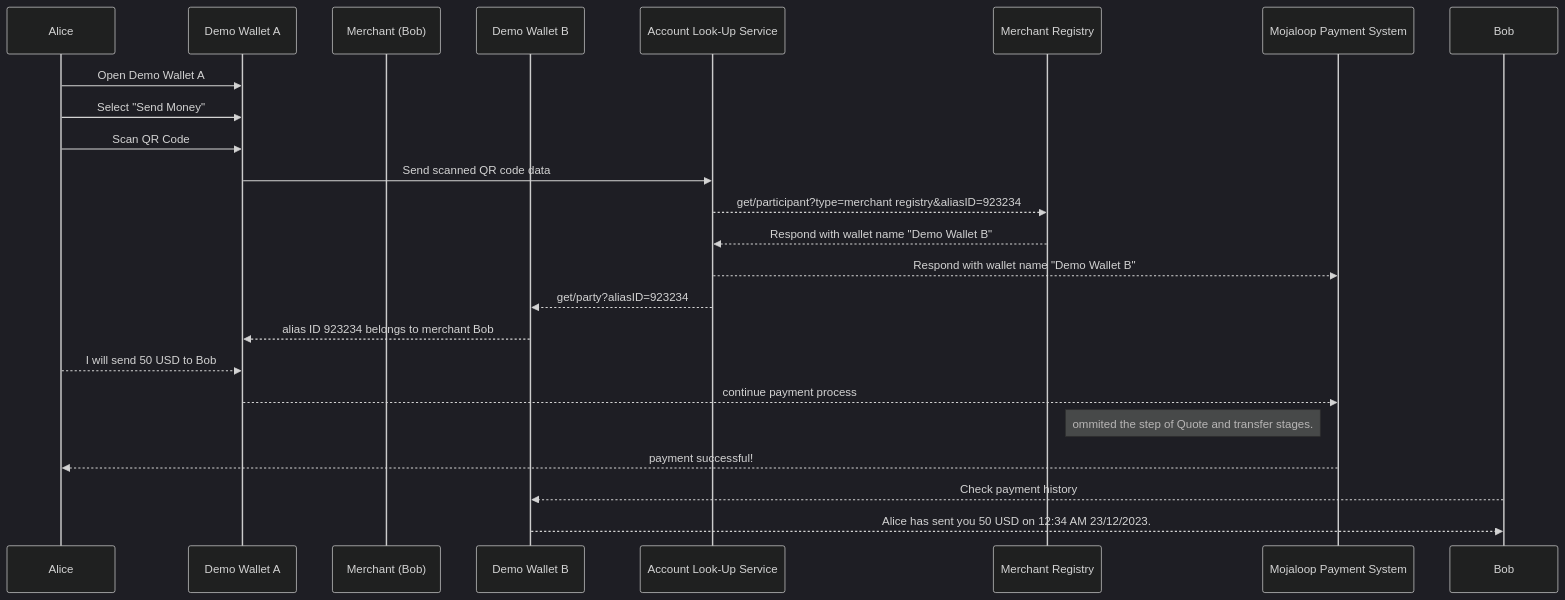
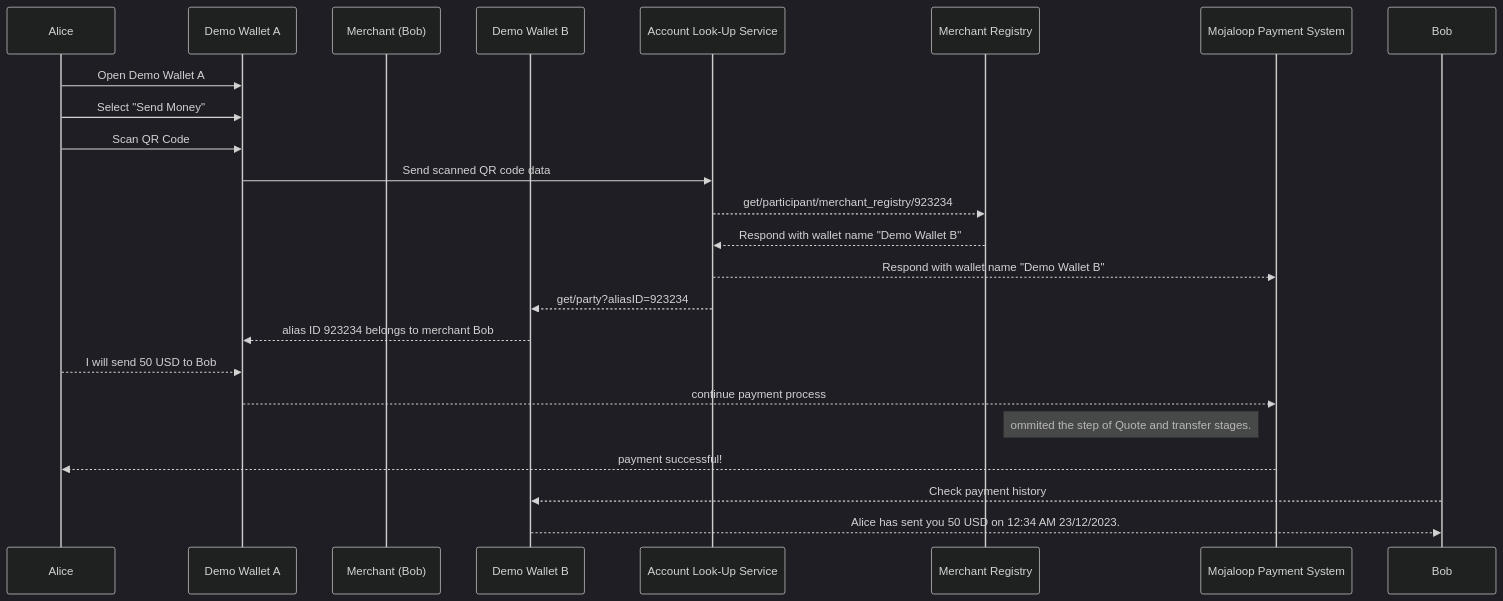
One commit to mojaloop/merchant-payment-docs changed the first of 2 diagrams in Sprint-5-features/Demo_wallet_sequence_diagram.md. Above: the diagram before and after it, drawn with Mermaid (dark theme). The commit also changed other lines of this file and 1 other file, not shown here.

Commit message:
update ALS requirement

````diff
--- a/Sprint-5-features/Demo_wallet_sequence_diagram.md
+++ b/Sprint-5-features/Demo_wallet_sequence_diagram.md
@@ -5,32 +5,32 @@
 ```mermaid
 
 sequenceDiagram
     participant Alice as Alice
     participant WalletA as Demo Wallet A
     participant Merchant as Merchant (Bob)
     participant WalletB as Demo Wallet B
     participant ALS as Account Look-Up Service
     participant MS as Merchant Registry
     participant Mojaloop as Mojaloop Payment System
     
     Alice ->> WalletA: Open Demo Wallet A
     Alice ->> WalletA: Select "Send Money"
     Alice ->> WalletA: Scan QR Code
     
     WalletA ->> ALS: Send scanned QR code data
     
-    ALS -->> MS: get/participant?type=merchant registry&aliasID=923234
+    ALS -->> MS: get/participant/merchant_registry/923234
     MS -->> ALS: Respond with wallet name "Demo Wallet B"
     
     ALS -->>Mojaloop: Respond with wallet name "Demo Wallet B"
     ALS -->>WalletB: get/party?aliasID=923234
     WalletB -->>WalletA: alias ID 923234 belongs to merchant Bob
 
     Alice -->> WalletA: I will send 50 USD to Bob
     WalletA -->> Mojaloop: continue payment process
      % This is a comment added to this step.
     Note left of Mojaloop: ommited the step of Quote and transfer stages.
     Mojaloop -->>Alice: payment successful!
     Bob -->>WalletB: Check payment history
     WalletB -->>Bob: Alice has sent you 50 USD on 12:34 AM 23/12/2023.
 ```
````
